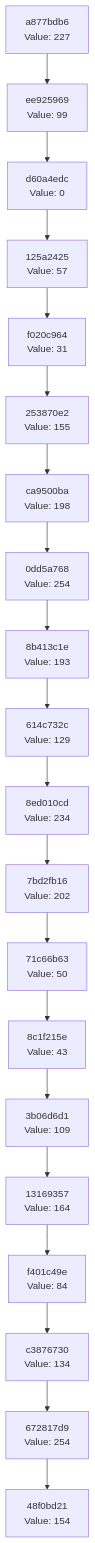
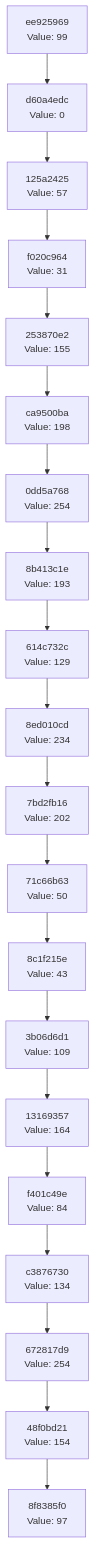
Before and after one commit to Abhisheksinha1506/hash-chain-evolver: the diagram in docs/CHAIN_VISUALIZATION.md, drawn with Mermaid. The commit also changed 2 other files, not shown here.

Commit message:
Evolution step: hash 0x61 → action executed

````diff
--- a/docs/CHAIN_VISUALIZATION.md
+++ b/docs/CHAIN_VISUALIZATION.md
@@ -3,42 +3,42 @@
 ```mermaid
 graph TD
-    C0["48f0bd21<br/>Value: 154"]
-    C1["672817d9<br/>Value: 254"]
+    C0["8f8385f0<br/>Value: 97"]
+    C1["48f0bd21<br/>Value: 154"]
     C1 --> C0
-    C2["c3876730<br/>Value: 134"]
+    C2["672817d9<br/>Value: 254"]
     C2 --> C1
-    C3["f401c49e<br/>Value: 84"]
+    C3["c3876730<br/>Value: 134"]
     C3 --> C2
-    C4["13169357<br/>Value: 164"]
+    C4["f401c49e<br/>Value: 84"]
     C4 --> C3
-    C5["3b06d6d1<br/>Value: 109"]
+    C5["13169357<br/>Value: 164"]
     C5 --> C4
-    C6["8c1f215e<br/>Value: 43"]
+    C6["3b06d6d1<br/>Value: 109"]
     C6 --> C5
-    C7["71c66b63<br/>Value: 50"]
+    C7["8c1f215e<br/>Value: 43"]
     C7 --> C6
-    C8["7bd2fb16<br/>Value: 202"]
+    C8["71c66b63<br/>Value: 50"]
     C8 --> C7
-    C9["8ed010cd<br/>Value: 234"]
+    C9["7bd2fb16<br/>Value: 202"]
     C9 --> C8
-    C10["614c732c<br/>Value: 129"]
+    C10["8ed010cd<br/>Value: 234"]
     C10 --> C9
-    C11["8b413c1e<br/>Value: 193"]
+    C11["614c732c<br/>Value: 129"]
     C11 --> C10
-    C12["0dd5a768<br/>Value: 254"]
+    C12["8b413c1e<br/>Value: 193"]
     C12 --> C11
-    C13["ca9500ba<br/>Value: 198"]
+    C13["0dd5a768<br/>Value: 254"]
     C13 --> C12
-    C14["253870e2<br/>Value: 155"]
+    C14["ca9500ba<br/>Value: 198"]
     C14 --> C13
-    C15["f020c964<br/>Value: 31"]
+    C15["253870e2<br/>Value: 155"]
     C15 --> C14
-    C16["125a2425<br/>Value: 57"]
+    C16["f020c964<br/>Value: 31"]
     C16 --> C15
-    C17["d60a4edc<br/>Value: 0"]
+    C17["125a2425<br/>Value: 57"]
     C17 --> C16
-    C18["ee925969<br/>Value: 99"]
+    C18["d60a4edc<br/>Value: 0"]
     C18 --> C17
-    C19["a877bdb6<br/>Value: 227"]
+    C19["ee925969<br/>Value: 99"]
     C19 --> C18
 ```
````
